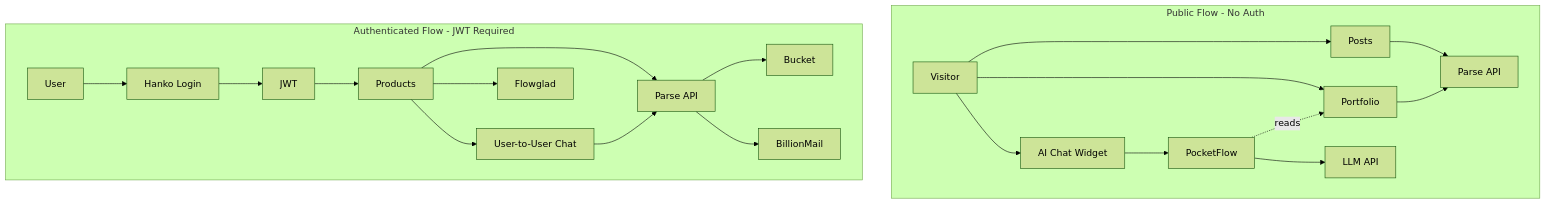
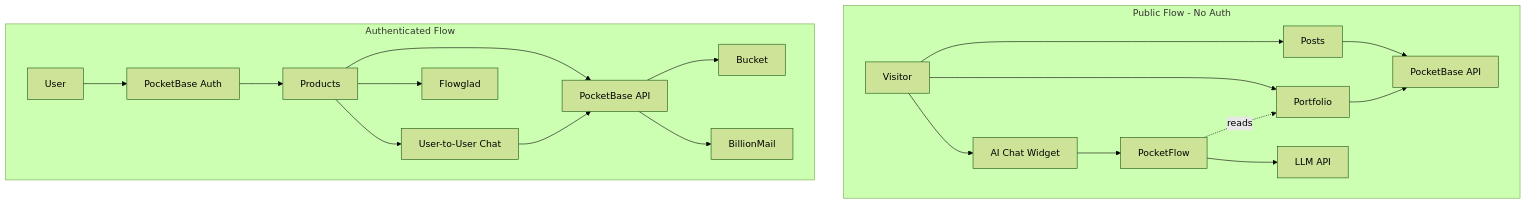
Before and after one commit to dirm02/bloggista: diagram 11 of 13 in expansion.md, drawn with Mermaid (forest theme). The commit also changed other lines of this file, not shown here.

````diff
--- a/expansion.md
+++ b/expansion.md
@@ -432,25 +411,24 @@
 ```mermaid
 flowchart TB
     subgraph PublicFlow [Public Flow - No Auth]
         V1[Visitor] --> Blog[Posts]
         V1 --> Port[Portfolio]
         V1 --> AIChat[AI Chat Widget]
-        Blog --> Parse1[Parse API]
-        Port --> Parse1
+        Blog --> PB1[PocketBase API]
+        Port --> PB1
         AIChat --> PFlow[PocketFlow]
         PFlow --> LLM[LLM API]
         PFlow -.->|reads| Port
     end
 
-    subgraph AuthFlow [Authenticated Flow - JWT Required]
-        U1[User] --> Hanko[Hanko Login]
-        Hanko --> JWT[JWT]
-        JWT --> Prod[Products]
-        Prod --> Parse2[Parse API]
+    subgraph AuthFlow [Authenticated Flow]
+        U1[User] --> PB[PocketBase Auth]
+        PB --> Prod[Products]
+        Prod --> PB2[PocketBase API]
         Prod --> UChat[User-to-User Chat]
         Prod --> FGlad[Flowglad]
-        UChat --> Parse2
-        Parse2 --> Bucket[Bucket]
-        Parse2 --> Mail[BillionMail]
+        UChat --> PB2
+        PB2 --> Bucket[Bucket]
+        PB2 --> Mail[BillionMail]
     end
 ```
````
